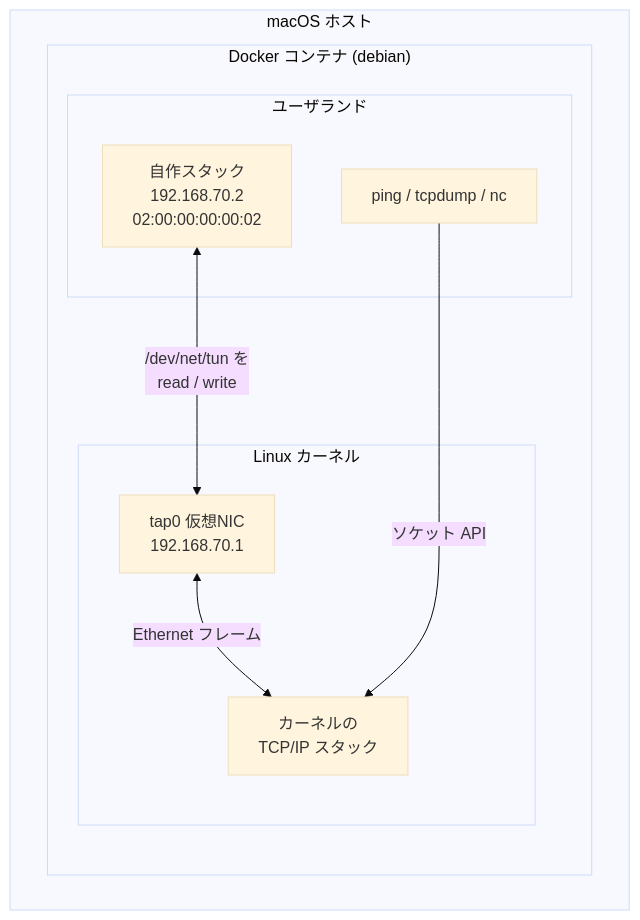
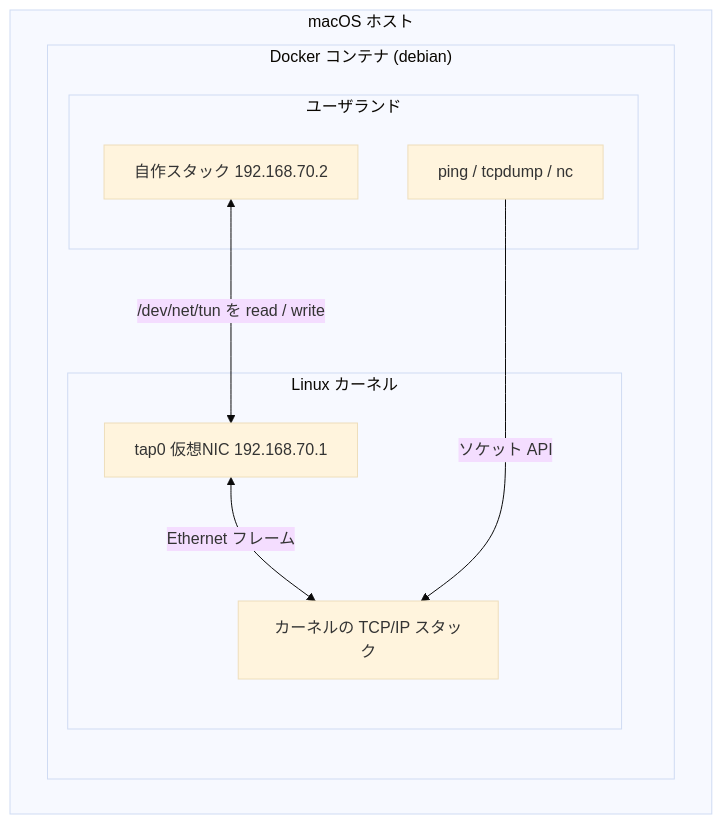
Before and after one commit to JauneBrillant/tcpipz: the first of 3 diagrams in README.md, drawn with Mermaid (base theme). The commit also changed other lines of this file, not shown here.

Commit message:
README: 図のラベルから改行タグを除く
Mermaid のラベルは foreignObject 内の HTML として描画されるため、
Safari では改行が効かず 192.168.70.202:00:00:00:00:02 のように
繋がって読めなくなる。1 行に収まる短いラベルにした。

MAC は箇条書きで説明済みなので図からは外す。

````diff
--- a/README.md
+++ b/README.md
@@ -13,19 +13,19 @@
 ```mermaid
 flowchart TB
     subgraph host["macOS ホスト"]
         subgraph container["Docker コンテナ (debian)"]
             subgraph user["ユーザランド"]
-                prog["自作スタック<br/>192.168.70.2<br/>02:00:00:00:00:02"]
+                prog["自作スタック 192.168.70.2"]
                 tools["ping / tcpdump / nc"]
             end
             subgraph kernel["Linux カーネル"]
-                netstack["カーネルの<br/>TCP/IP スタック"]
-                tap["tap0 仮想NIC<br/>192.168.70.1"]
+                netstack["カーネルの TCP/IP スタック"]
+                tap["tap0 仮想NIC 192.168.70.1"]
             end
         end
     end
 
-    prog <-->|"/dev/net/tun を<br/>read / write"| tap
+    prog <-->|"/dev/net/tun を read / write"| tap
     tap <-->|"Ethernet フレーム"| netstack
     tools -->|"ソケット API"| netstack
 ```
````
